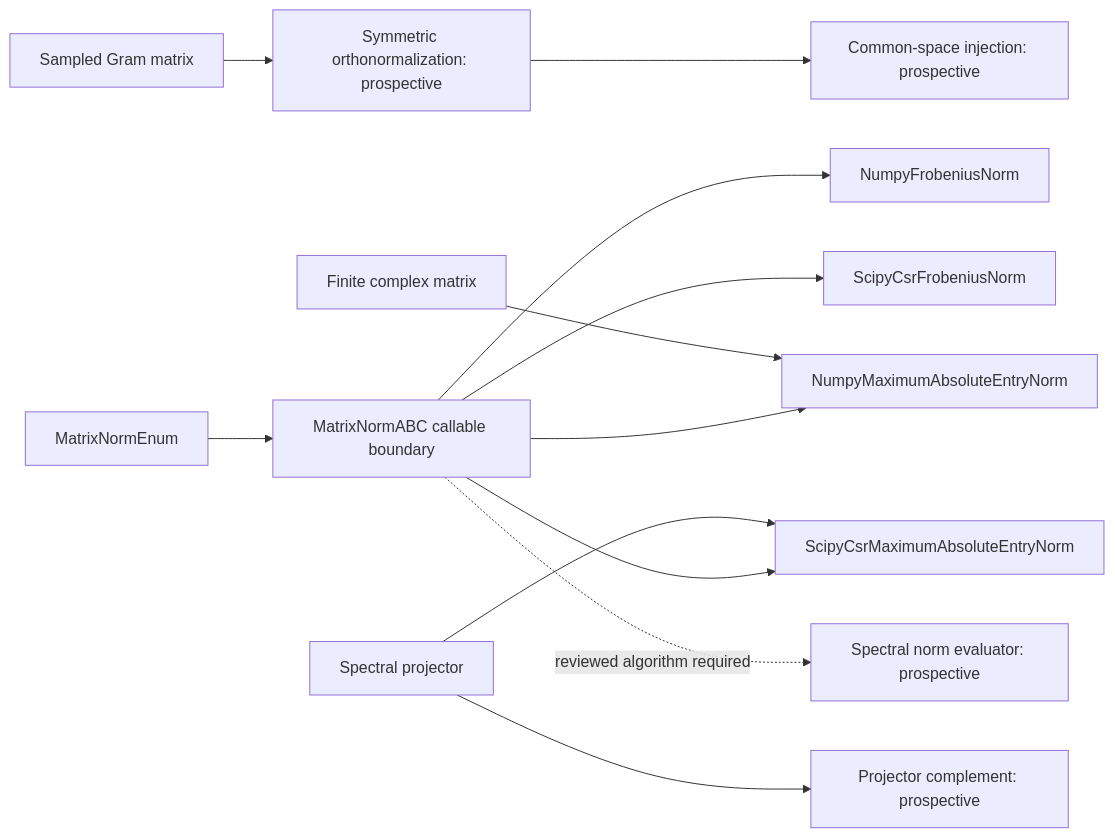
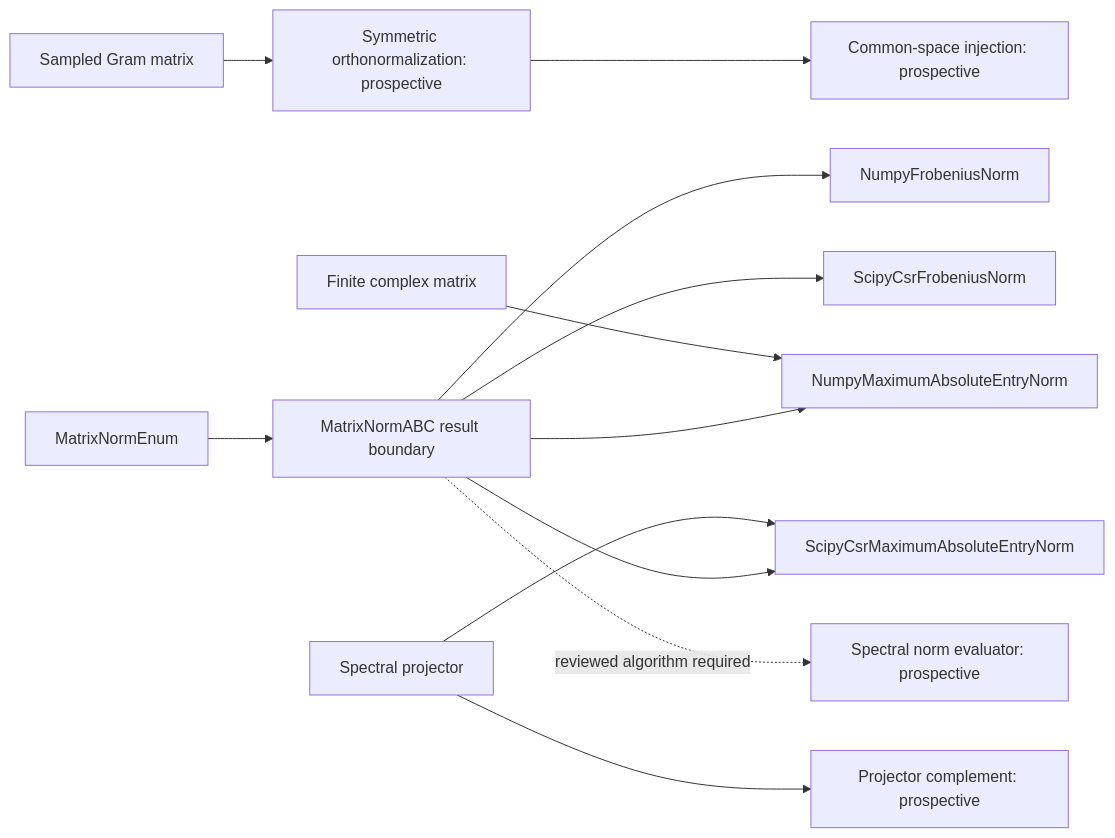
The fourth of 6 diagrams in docs/architecture/projectkoios/numerics/linalg/schematics.md (eragasa/projectkoios-optimization), drawn with Mermaid before and after one commit. The commit also changed other lines of this file and 17 other files, not shown here.

Commit message:
Use explicit matrix norm result API

````diff
--- a/docs/architecture/projectkoios/numerics/linalg/schematics.md
+++ b/docs/architecture/projectkoios/numerics/linalg/schematics.md
@@ -89,14 +89,14 @@
 ```mermaid
 flowchart LR
     P[Spectral projector] --> C[Operator compression: prospective]
     P --> K[Projector complement: prospective]
     G[Sampled Gram matrix] --> O[Symmetric orthonormalization: prospective]
     O --> J[Common-space injection: prospective]
     N[Finite complex matrix] --> M[Implemented Frobenius power and norm]
-    E[MatrixNormEnum] --> A[MatrixNormABC callable boundary]
+    E[MatrixNormEnum] --> A[MatrixNormABC result boundary]
     A --> B[NumpyFrobeniusNorm]
     A --> S[ScipyCsrFrobeniusNorm]
     A --> M[NumpyMaximumAbsoluteEntryNorm]
     A --> C[ScipyCsrMaximumAbsoluteEntryNorm]
     A -. reviewed algorithm required .-> D[Spectral norm evaluator: prospective]
 ```
````
